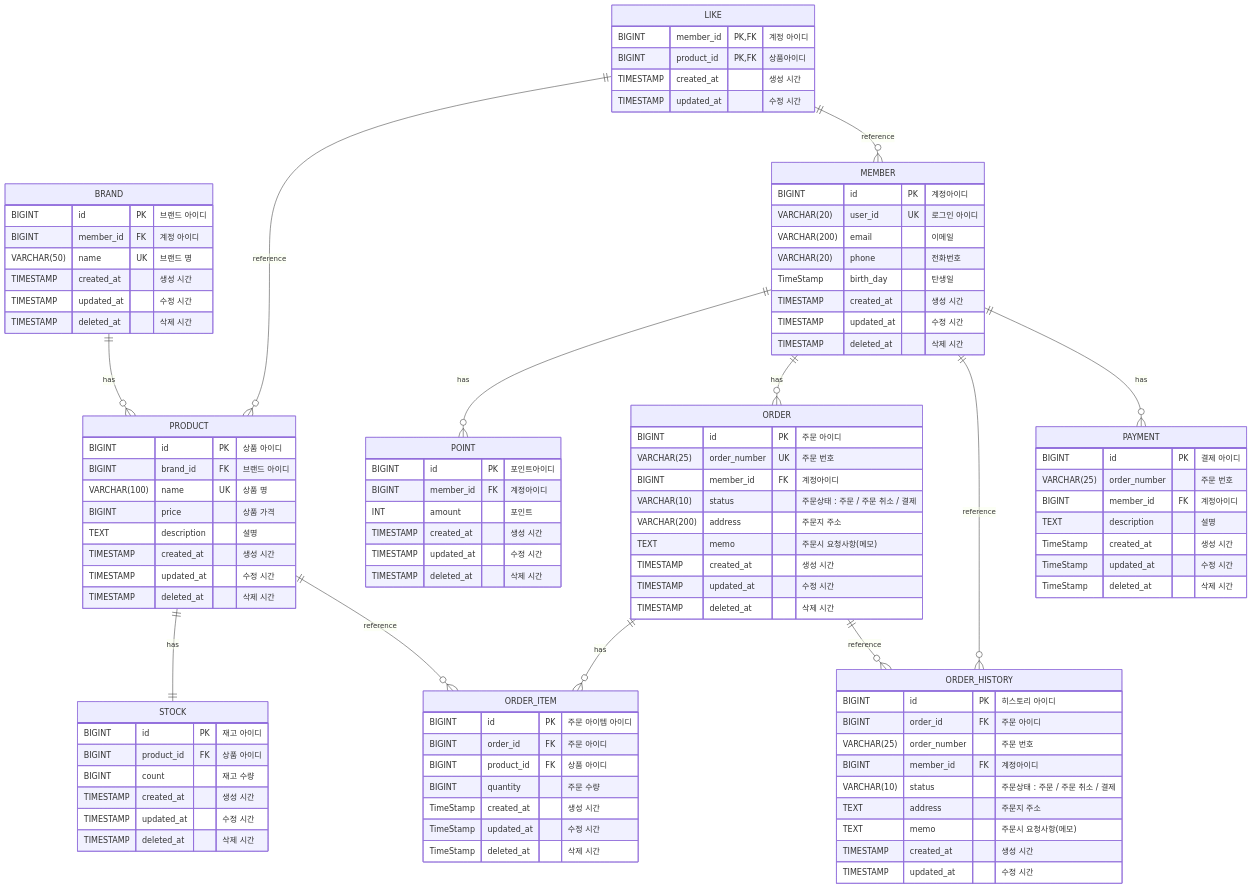
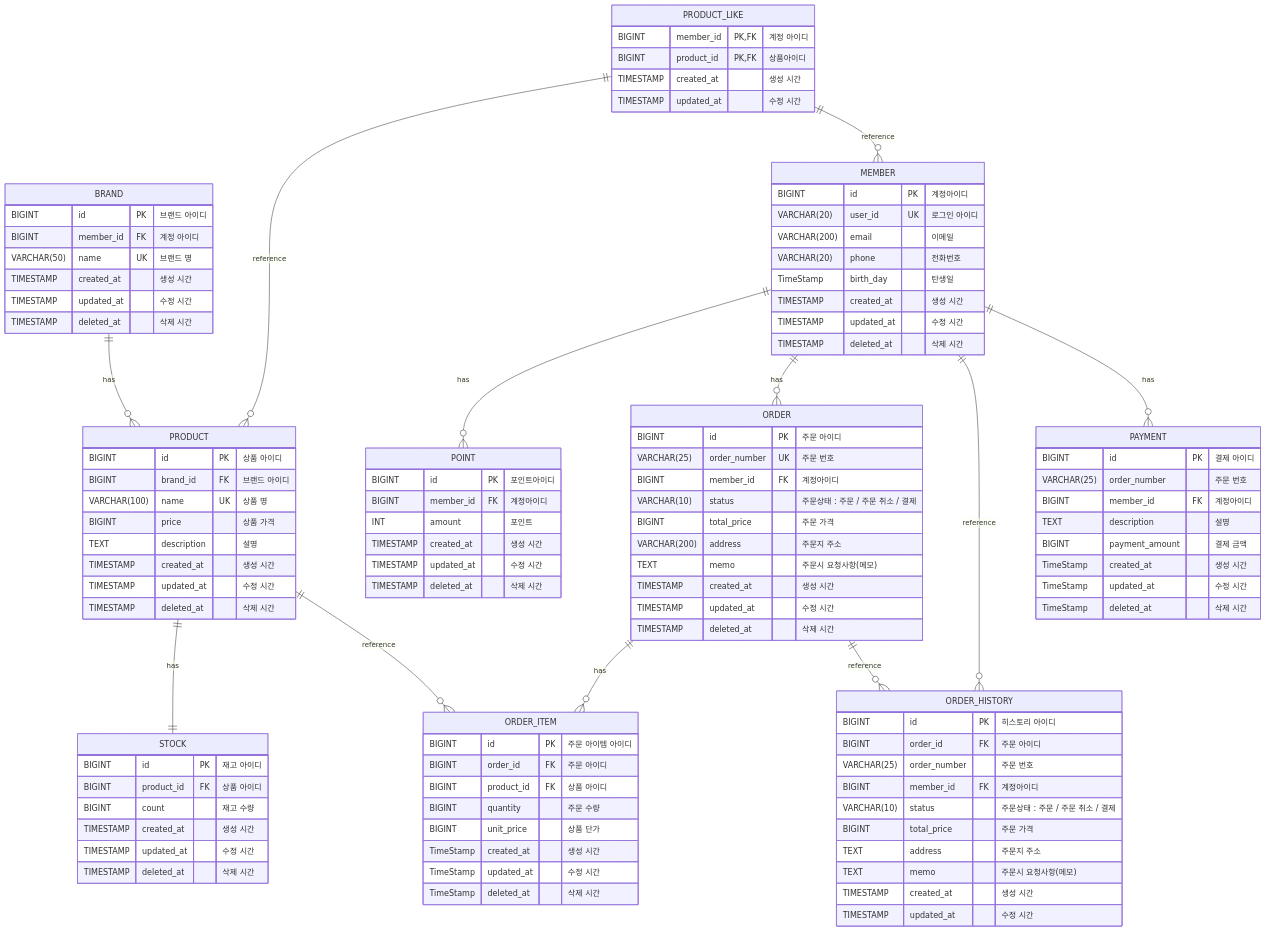
One commit to Roopers-Team-6/younghun changed the diagram in apps/commerce-api/docs/desigin/04-erd.md. Above: the diagram before and after it, drawn with Mermaid.

Commit message:
doc: erd 다이어그램 작성 - 주문,결제쪽에 금액 저장

```diff
--- a/apps/commerce-api/docs/desigin/04-erd.md
+++ b/apps/commerce-api/docs/desigin/04-erd.md
@@ -37,7 +37,7 @@
 }
 
 %%좋아요
-LIKE {
+PRODUCT_LIKE {
  BIGINT member_id PK,FK "계정 아이디"
  BIGINT product_id PK,FK "상품아이디"
  
@@ -75,7 +75,9 @@
  VARCHAR(25) order_number UK "주문 번호"
  BIGINT member_id FK "계정아이디" 
  VARCHAR(10) status "주문상태 : 주문 / 주문 취소 / 결제"
-     
+ 
+ BIGINT total_price "주문 가격"    
+        
  VARCHAR(200) address "주문지 주소"
  TEXT memo "주문시 요청사항(메모)"
 
@@ -91,7 +93,8 @@
  BIGINT product_id FK "상품 아이디"
     
  BIGINT quantity "주문 수량"
-
+ BIGINT unit_price "상품 단가"
+ 
  TimeStamp created_at "생성 시간"
  TimeStamp updated_at "수정 시간"
  TimeStamp deleted_at "삭제 시간"
@@ -104,7 +107,8 @@
  VARCHAR(25) order_number "주문 번호"
  BIGINT member_id FK "계정아이디"
  VARCHAR(10) status "주문상태 : 주문 / 주문 취소 / 결제"
-
+ 
+ BIGINT total_price "주문 가격"
  TEXT address "주문지 주소"
 
  TEXT memo "주문시 요청사항(메모)"
@@ -119,6 +123,7 @@
  VARCHAR(25) order_number "주문 번호"
  BIGINT member_id FK "계정아이디"
  TEXT description "설명"
+ BIGINT payment_amount "결제 금액"
  TimeStamp created_at "생성 시간"
  TimeStamp updated_at "수정 시간"
  TimeStamp deleted_at "삭제 시간"    
@@ -127,8 +132,8 @@
 BRAND ||--o{PRODUCT : has
 PRODUCT || -- || STOCK : has
 
-LIKE || -- o{ PRODUCT : reference
-LIKE || -- o{ MEMBER : reference
+PRODUCT_LIKE || -- o{ PRODUCT : reference
+PRODUCT_LIKE || -- o{ MEMBER : reference
 
 MEMBER || -- o{ POINT : has
 
```
